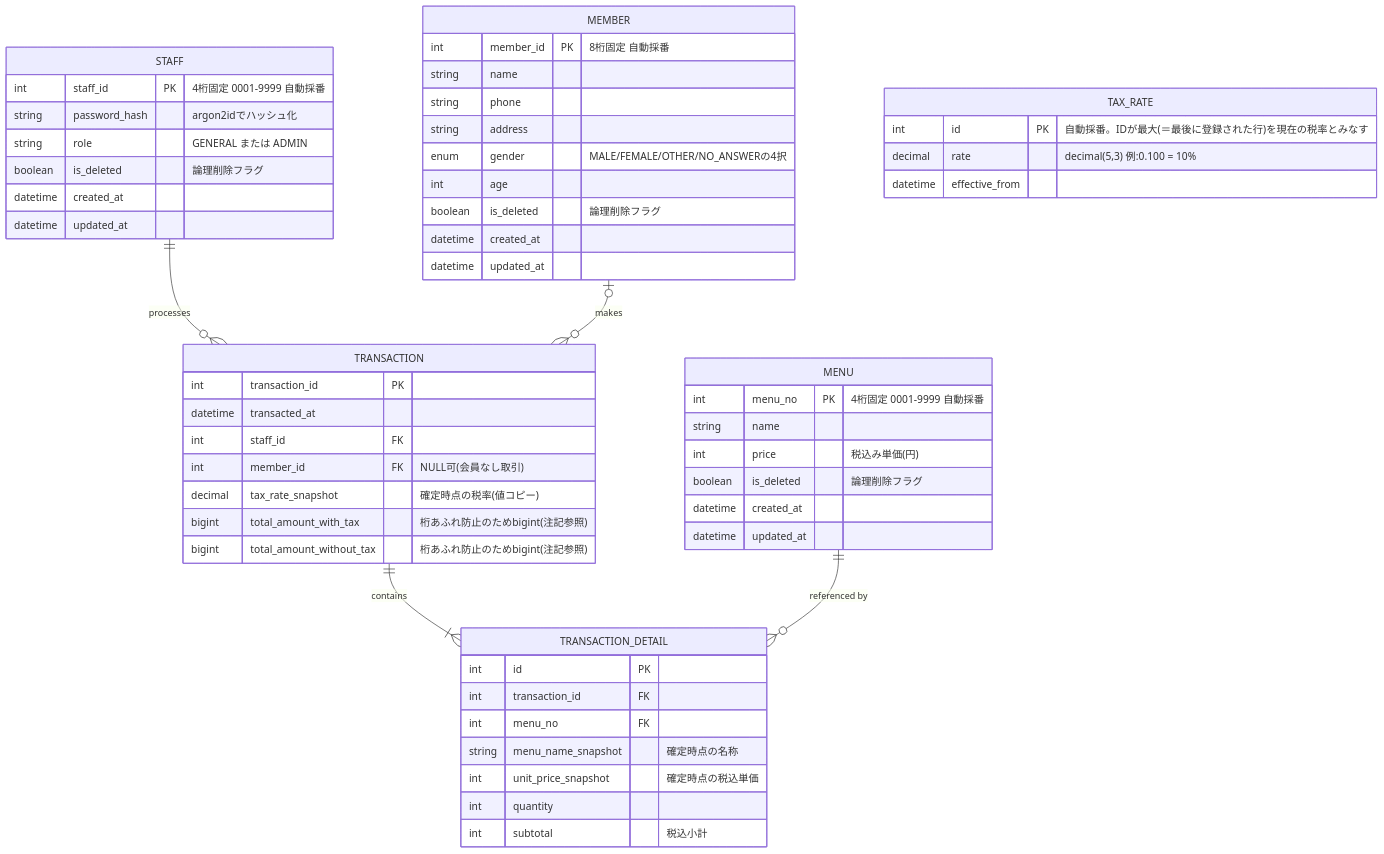
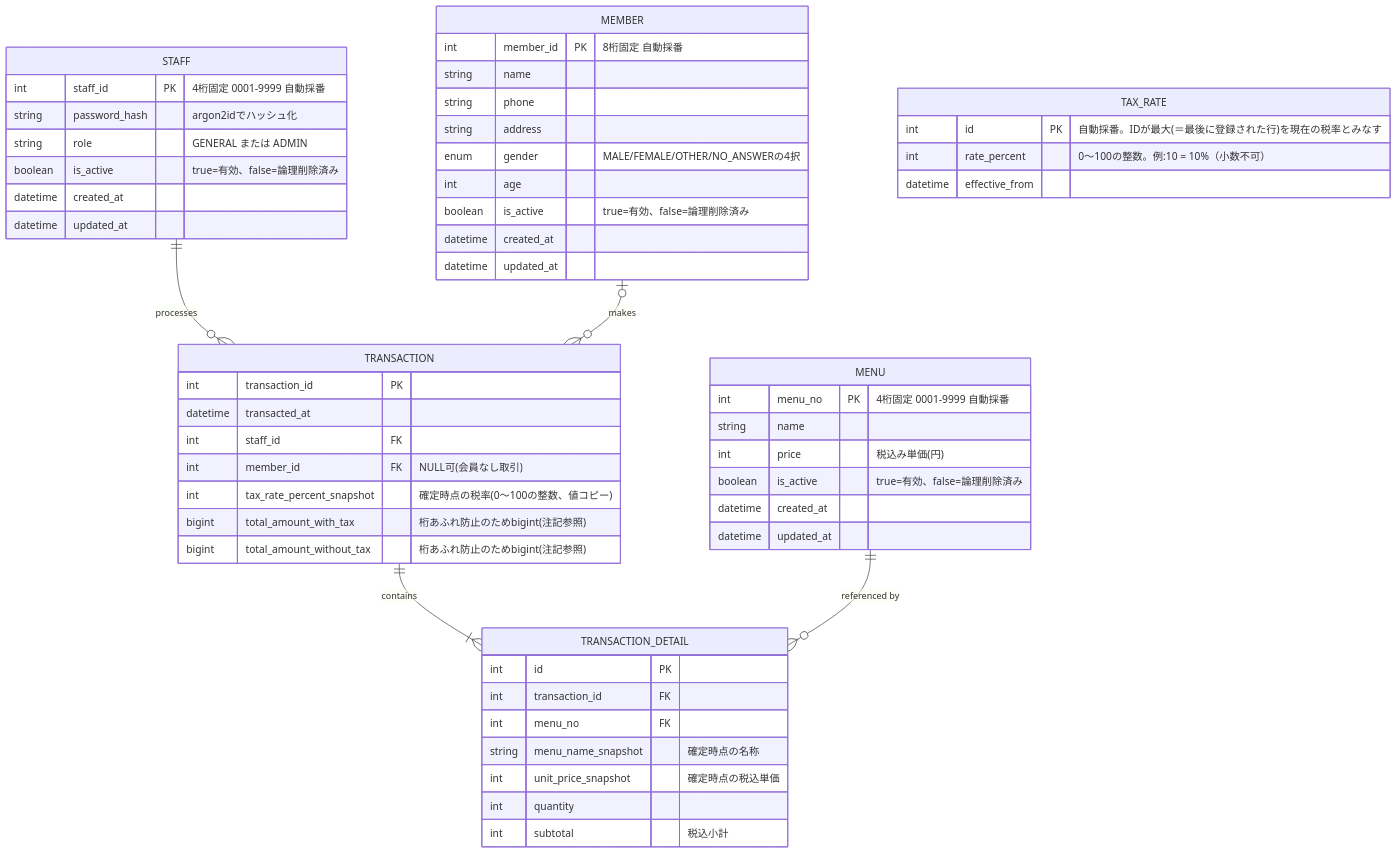
Before and after one commit to Yasshy-WOW/RESTAURANT-POS-SYSTEM: the third of 5 diagrams in 簡易POSアプリ_設計仕様書.md, drawn with Mermaid. The commit also changed other lines of this file and 1 other file, not shown here.

````diff
--- a/簡易POSアプリ_設計仕様書.md
+++ b/簡易POSアプリ_設計仕様書.md
@@ -101,58 +101,58 @@
 ```mermaid
 erDiagram
     STAFF ||--o{ TRANSACTION : processes
     MEMBER |o--o{ TRANSACTION : makes
     TRANSACTION ||--|{ TRANSACTION_DETAIL : contains
     MENU ||--o{ TRANSACTION_DETAIL : "referenced by"
 
     STAFF {
         int staff_id PK "4桁固定 0001-9999 自動採番"
         string password_hash "argon2idでハッシュ化"
         string role "GENERAL または ADMIN"
-        boolean is_deleted "論理削除フラグ"
+        boolean is_active "true=有効、false=論理削除済み"
         datetime created_at
         datetime updated_at
     }
     MEMBER {
         int member_id PK "8桁固定 自動採番"
         string name
         string phone
         string address
         enum gender "MALE/FEMALE/OTHER/NO_ANSWERの4択"
         int age
-        boolean is_deleted "論理削除フラグ"
+        boolean is_active "true=有効、false=論理削除済み"
         datetime created_at
         datetime updated_at
     }
     MENU {
         int menu_no PK "4桁固定 0001-9999 自動採番"
         string name
         int price "税込み単価(円)"
-        boolean is_deleted "論理削除フラグ"
+        boolean is_active "true=有効、false=論理削除済み"
         datetime created_at
         datetime updated_at
     }
     TAX_RATE {
         int id PK "自動採番。IDが最大(＝最後に登録された行)を現在の税率とみなす"
-        decimal rate "decimal(5,3) 例:0.100 = 10%"
+        int rate_percent "0〜100の整数。例:10 = 10%（小数不可）"
         datetime effective_from
     }
     TRANSACTION {
         int transaction_id PK
         datetime transacted_at
         int staff_id FK
         int member_id FK "NULL可(会員なし取引)"
-        decimal tax_rate_snapshot "確定時点の税率(値コピー)"
+        int tax_rate_percent_snapshot "確定時点の税率(0〜100の整数、値コピー)"
         bigint total_amount_with_tax "桁あふれ防止のためbigint(注記参照)"
         bigint total_amount_without_tax "桁あふれ防止のためbigint(注記参照)"
     }
     TRANSACTION_DETAIL {
         int id PK
         int transaction_id FK
         int menu_no FK
         string menu_name_snapshot "確定時点の名称"
         int unit_price_snapshot "確定時点の税込単価"
         int quantity
         int subtotal "税込小計"
     }
 ```
````
